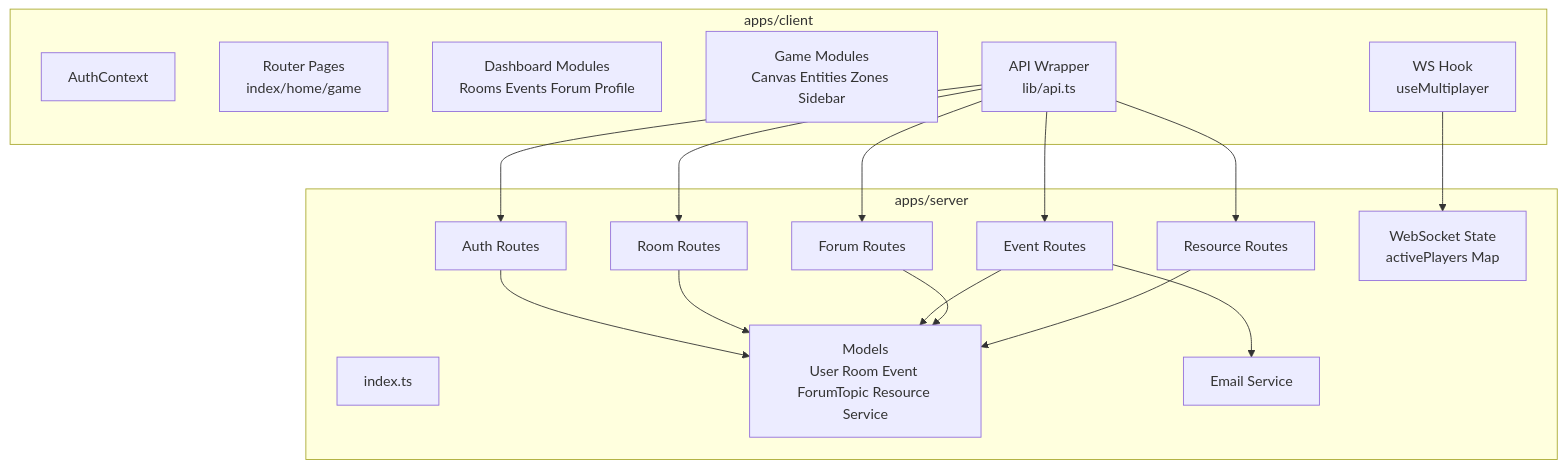
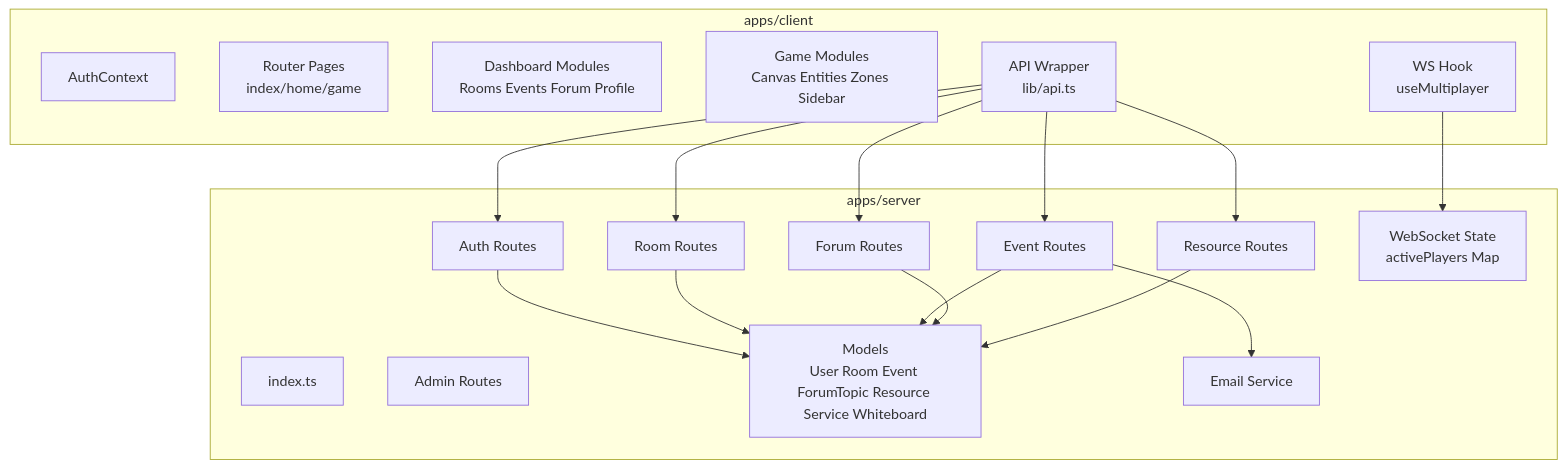
The second of 4 diagrams in docs/SRS_1.md (locpham-gh/the-gathering-03), drawn with Mermaid before and after one commit. The commit also changed other lines of this file and 43 other files, not shown here.

````diff
--- a/docs/SRS_1.md
+++ b/docs/SRS_1.md
@@ -79,36 +82,37 @@
 ```mermaid
 flowchart TB
     subgraph Client[apps/client]
       A1[AuthContext]
       A2[Router Pages\nindex/home/game]
       A3[Dashboard Modules\nRooms Events Forum Profile]
       A4[Game Modules\nCanvas Entities Zones Sidebar]
       A5[API Wrapper\nlib/api.ts]
       A6[WS Hook\nuseMultiplayer]
     end
 
     subgraph Server[apps/server]
       B1[index.ts]
       B2[Auth Routes]
       B3[Room Routes]
       B4[Event Routes]
       B5[Forum Routes]
       B6[Resource Routes]
-      B7[Models\nUser Room Event ForumTopic Resource Service]
+      B10[Admin Routes]
+      B7[Models\nUser Room Event ForumTopic Resource Service Whiteboard]
       B8[Email Service]
       B9[WebSocket State\nactivePlayers Map]
     end
 
     A5 --> B2
     A5 --> B3
     A5 --> B4
     A5 --> B5
     A5 --> B6
     A6 --> B9
     B2 --> B7
     B3 --> B7
     B4 --> B7
     B5 --> B7
     B6 --> B7
     B4 --> B8
 ```
````
